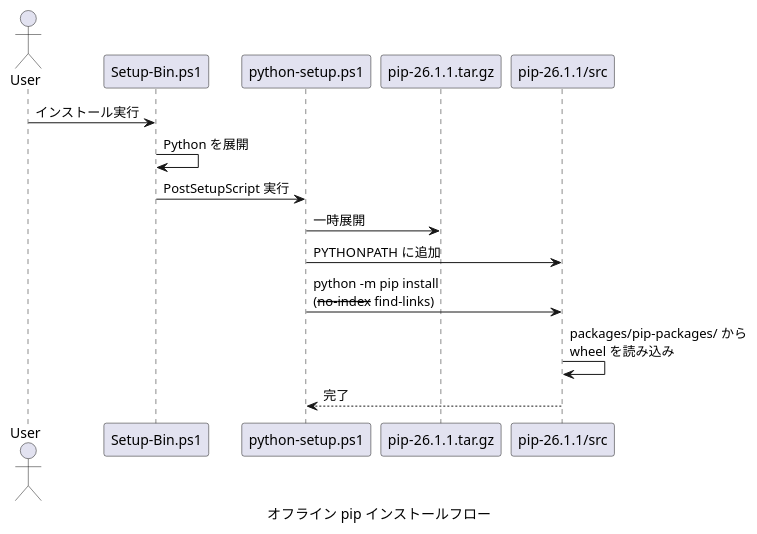
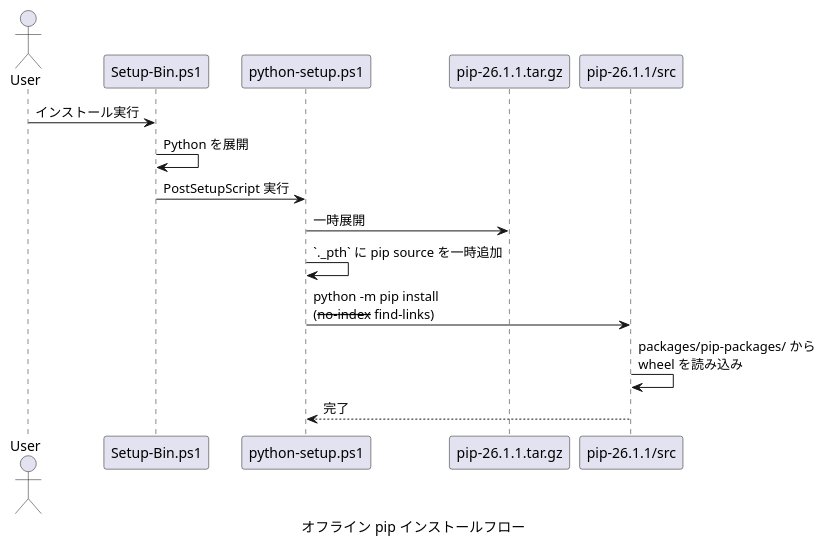
Before and after one commit to Hondarer/devbin-win: the third of 4 diagrams in docs/offline-pip-design.md, drawn with PlantUML. The commit also changed other lines of this file and 2 other files, not shown here.

````diff
--- a/docs/offline-pip-design.md
+++ b/docs/offline-pip-design.md
@@ -121,19 +122,19 @@
 ```plantuml
 @startuml オフライン pip インストールフロー
 caption オフライン pip インストールフロー
 actor User
 participant "Setup-Bin.ps1" as Setup
 participant "python-setup.ps1" as PySetup
 participant "pip-26.1.1.tar.gz" as PipSrc
 participant "pip-26.1.1/src" as PipModule
 
 User -> Setup: インストール実行
 Setup -> Setup: Python を展開
 Setup -> PySetup: PostSetupScript 実行
 PySetup -> PipSrc: 一時展開
-PySetup -> PipModule: PYTHONPATH に追加
+PySetup -> PySetup: `._pth` に pip source を一時追加
 PySetup -> PipModule: python -m pip install\n(--no-index --find-links)
 PipModule -> PipModule: packages/pip-packages/ から\nwheel を読み込み
 PipModule --> PySetup: 完了
 @enduml
 ```
````
